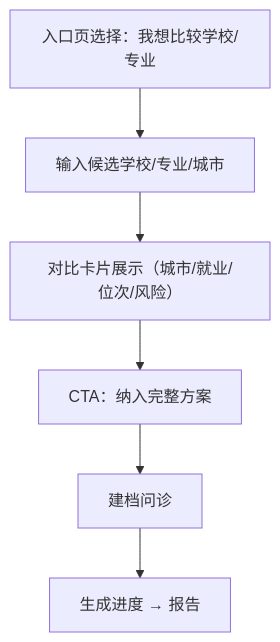
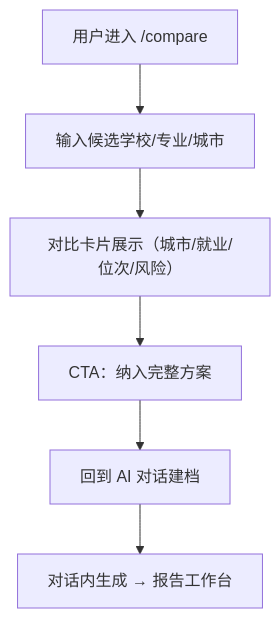
One commit to debugzhao/jin-guide changed the fifth of 6 diagrams in docs/frontend-prd-v2.md. Above: the diagram before and after it, drawn with Mermaid. The commit also changed other lines of this file and 2 other files, not shown here.

````diff
--- a/docs/frontend-prd-v2.md
+++ b/docs/frontend-prd-v2.md
@@ -284,8 +306,8 @@
 ```mermaid
 flowchart TD
-  A["入口页选择：我想比较学校/专业"] --> B["输入候选学校/专业/城市"]
+  A["用户进入 /compare"] --> B["输入候选学校/专业/城市"]
   B --> C["对比卡片展示（城市/就业/位次/风险）"]
   C --> D["CTA：纳入完整方案"]
-  D --> E["建档问诊"]
-  E --> F["生成进度 → 报告"]
+  D --> E["回到 AI 对话建档"]
+  E --> F["对话内生成 → 报告工作台"]
 ```
````
